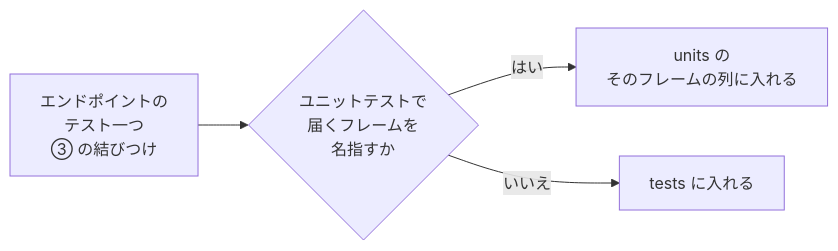
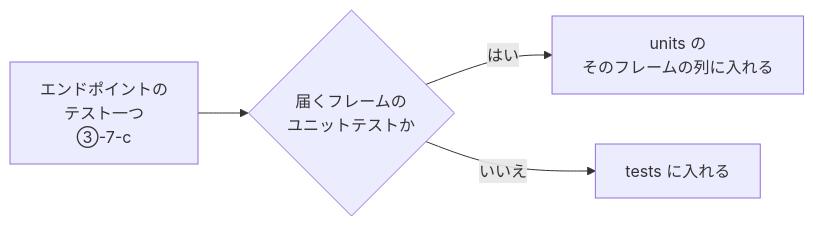
One commit to maronnjapan/maronn-openid-connect changed diagram 12 of 22 in apps/tests/docs/05-data.md. Above: the diagram before and after it, drawn with Mermaid. The commit also changed other lines of this file and 11 other files, not shown here.

````diff
--- a/apps/tests/docs/05-data.md
+++ b/apps/tests/docs/05-data.md
@@ -500,6 +518,6 @@
 ```mermaid
 flowchart LR
-  A["エンドポイントの<br/>テスト一つ<br/>③ の結びつけ"] --> U{"ユニットテストで<br/>届くフレームを<br/>名指すか"}
+  A["エンドポイントの<br/>テスト一つ<br/>③-7-c"] --> U{"届くフレームの<br/>ユニットテストか"}
   U -->|"はい"| UN["units の<br/>そのフレームの列に入れる"]
   U -->|"いいえ"| T["tests に入れる"]
 ```
````
